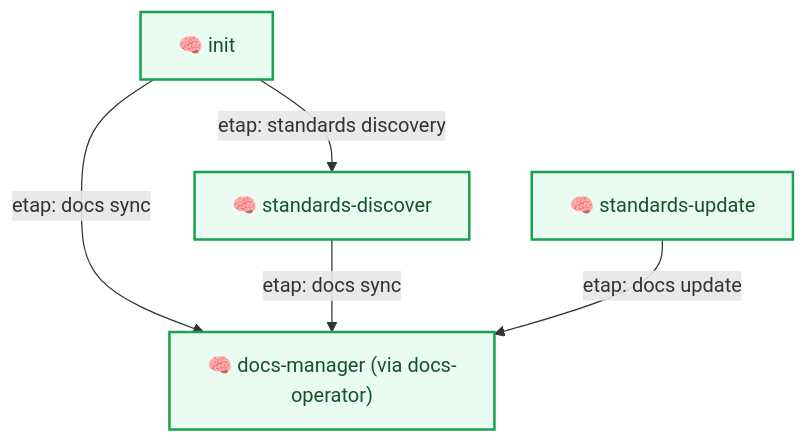
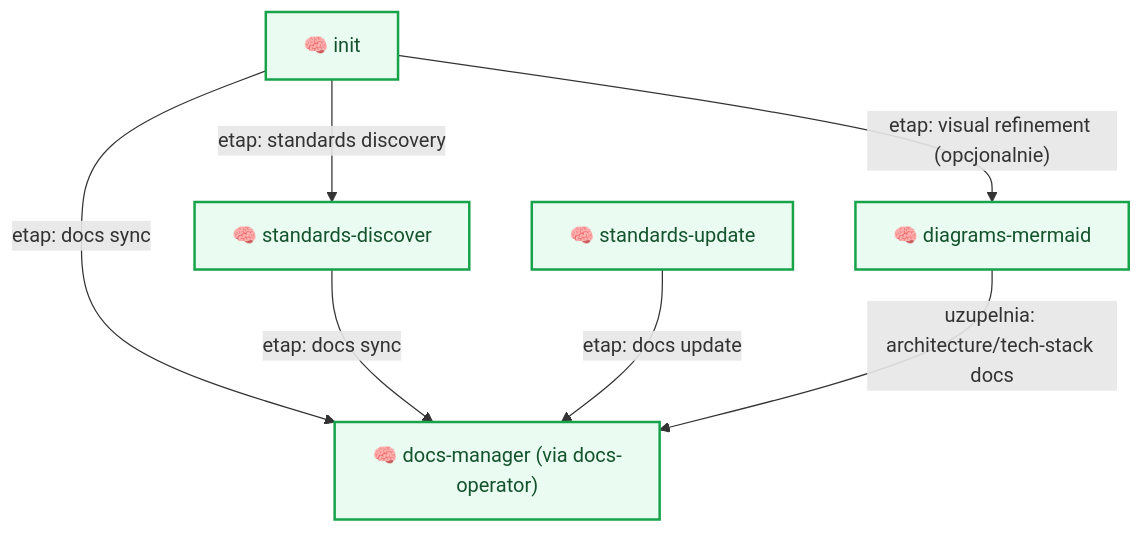
The fourth of 7 diagrams in docs/flow/overview.md (plucins/flowbit), drawn with Mermaid before and after one commit. The commit also changed other lines of this file and 11 other files, not shown here.

Commit message:
Add Mermaid diagram sections to architecture and overview documentation for enhanced visual clarity

````diff
--- a/docs/flow/overview.md
+++ b/docs/flow/overview.md
@@ -113,10 +116,12 @@
 ```mermaid
 graph TD
   S_INIT["🧠 init"] -- "etap: standards discovery" --> S_STD_DISC["🧠 standards-discover"]
   S_INIT -- "etap: docs sync" --> S_DOCS["🧠 docs-manager (via docs-operator)"]
+  S_INIT -- "etap: visual refinement (opcjonalnie)" --> S_DIAG["🧠 diagrams-mermaid"]
   S_STD_DISC -- "etap: docs sync" --> S_DOCS
   S_STD_UPD["🧠 standards-update"] -- "etap: docs update" --> S_DOCS
+  S_DIAG -- "uzupelnia: architecture/tech-stack docs" --> S_DOCS
 
   classDef skill fill:#EAFBF1,stroke:#16A34A,stroke-width:2px,color:#14532D;
-  class S_INIT,S_STD_DISC,S_DOCS,S_STD_UPD skill;
+  class S_INIT,S_STD_DISC,S_DOCS,S_STD_UPD,S_DIAG skill;
 ```
````
